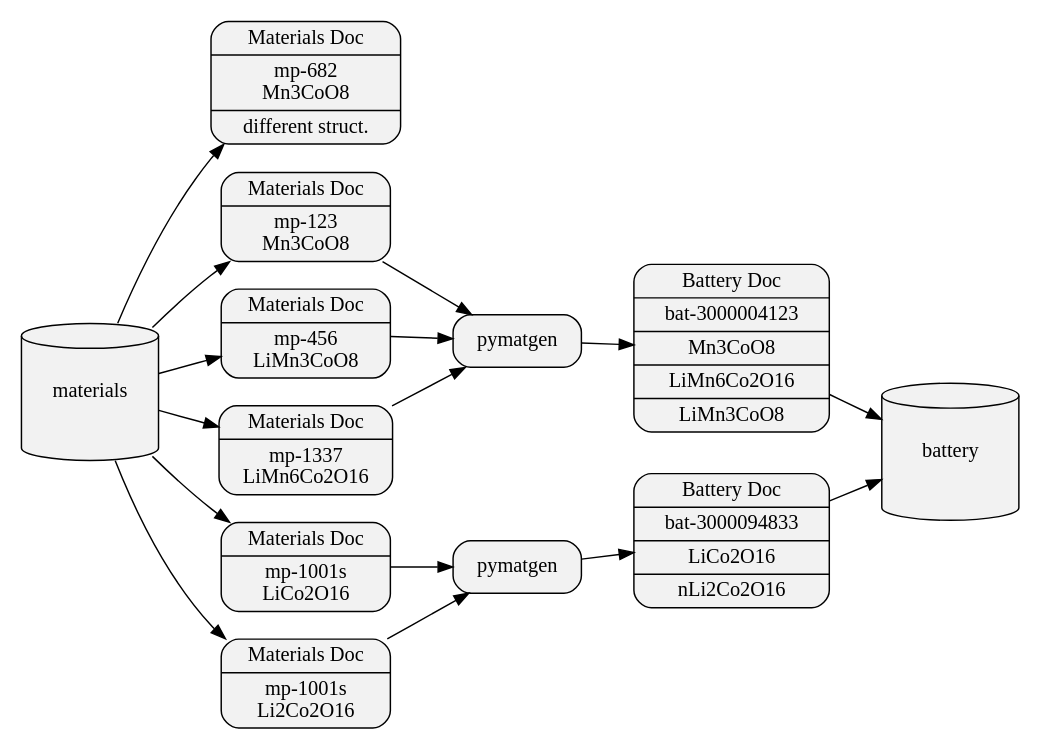
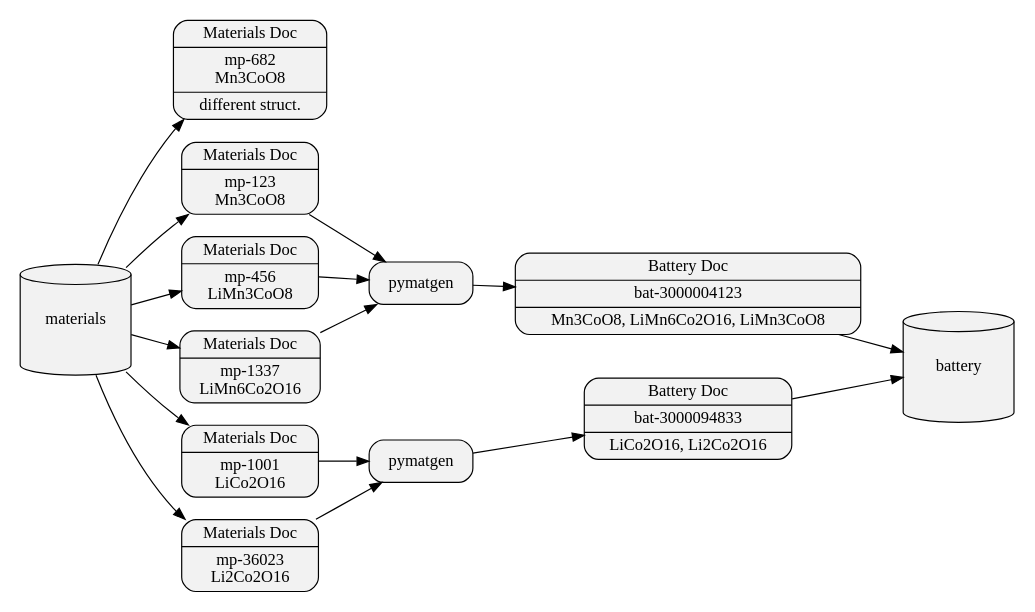
The diagram in _figs/2018_mat_batt_fc.gv (jmmshn/old_personal_site), drawn with Graphviz before and after one commit. The commit also changed 4 other files, not shown here.

```diff
--- a/_figs/2018_mat_batt_fc.gv
+++ b/_figs/2018_mat_batt_fc.gv
@@ -1,30 +1,30 @@
 digraph hierarchy {
 size="7,5"
 rankdir=LR
 node[shape=record,style="filled,rounded",fillcolor=gray95,rankdir=LR]
 #edge[dir=back, arrowtail=empty]
 
 materials [fillcolor=gray95,style="filled",shape=cylinder,height=1.3,width=1.3]
 battery [fillcolor=gray95,style="filled",shape=cylinder,height=1.3,width=1.3]
 p1 [label = pymatgen]
 p2 [label = pymatgen]
 
 m0[label = "{{Materials Doc|mp-682\nMn3CoO8|different struct.}}"]
 m1[label = "{{Materials Doc|mp-123\nMn3CoO8}}"]
 m2[label = "{{Materials Doc|mp-456\nLiMn3CoO8}}"]
 m3[label = "{{Materials Doc|mp-1337\nLiMn6Co2O16}}"]
-m4[label = "{{Materials Doc|mp-1001s\nLiCo2O16}}"]
-m5[label = "{{Materials Doc|mp-1001s\nLi2Co2O16}}"]
+m4[label = "{{Materials Doc|mp-1001\nLiCo2O16}}"]
+m5[label = "{{Materials Doc|mp-36023\nLi2Co2O16}}"]
 
-b1[label = "{{Battery Doc|bat-3000004123|Mn3CoO8|LiMn6Co2O16|LiMn3CoO8}}"]
-b2[label = "{{Battery Doc|bat-3000094833|LiCo2O16|nLi2Co2O16}}"]
+b1[label = "{{Battery Doc|bat-3000004123|Mn3CoO8, LiMn6Co2O16, LiMn3CoO8}}"]
+b2[label = "{{Battery Doc|bat-3000094833|LiCo2O16, Li2Co2O16}}"]
 
 
 materials -> m0
 materials -> m1 -> p1
 materials -> m2 -> p1
 materials -> m3 -> p1 ->b1 -> battery
 materials -> m4 -> p2 -> b2 -> battery
 materials -> m5 -> p2
 
 }
```
